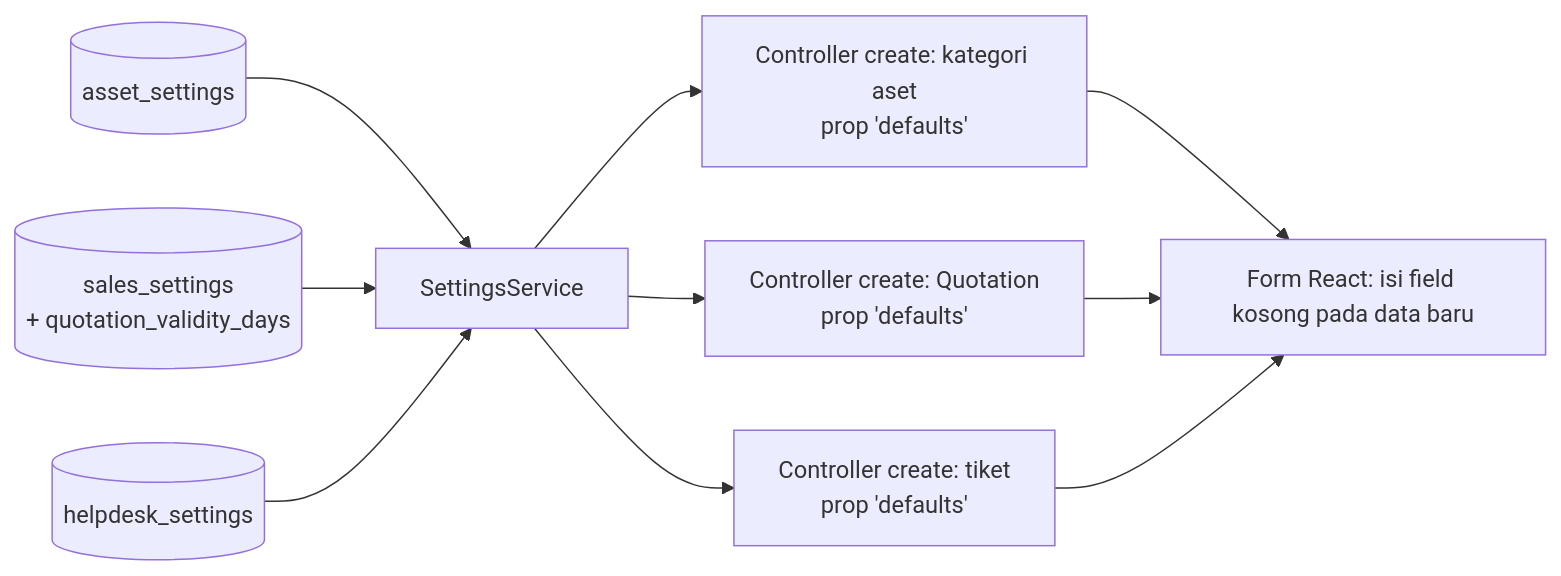
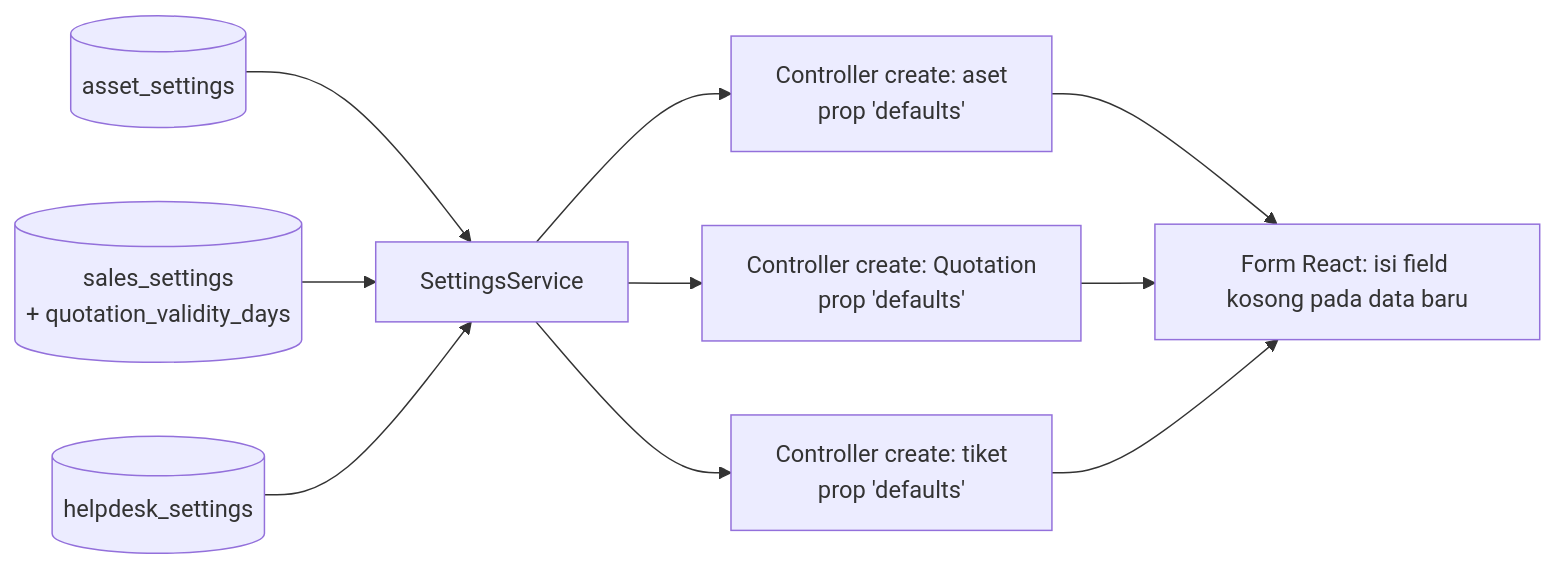
The diagram in .kiro/specs/module-settings-other-modules/design.md (RimbunCode/erp_pataya), drawn with Mermaid before and after one commit. The commit also changed other lines of this file and 3 other files, not shown here.

````diff
--- a/.kiro/specs/module-settings-other-modules/design.md
+++ b/.kiro/specs/module-settings-other-modules/design.md
@@ -22,12 +22,12 @@
 ```mermaid
 flowchart LR
     AS[("asset_settings")] --> SS[SettingsService]
     SALES[("sales_settings<br/>+ quotation_validity_days")] --> SS
     HS[("helpdesk_settings")] --> SS
-    SS --> D1["Controller create: kategori aset<br/>prop 'defaults'"]
+    SS --> D1["Controller create: aset<br/>prop 'defaults'"]
     SS --> D2["Controller create: Quotation<br/>prop 'defaults'"]
     SS --> D3["Controller create: tiket<br/>prop 'defaults'"]
     D1 --> FE["Form React: isi field kosong pada data baru"]
     D2 --> FE
     D3 --> FE
 ```
````
